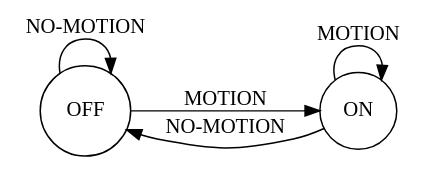
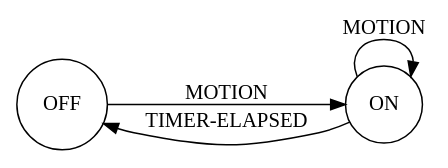
Diagram 19 of 20 in home-stretch/last-chapter.org (rickneff/rickneff.github.io), drawn with Graphviz before and after one commit. The commit also changed other lines of this file and 25 other files, not shown here.

```diff
--- a/home-stretch/last-chapter.org
+++ b/home-stretch/last-chapter.org
@@ -1521,16 +1558,15 @@
-#+BEGIN_SRC dot :file img/fig-one-bit-computer.png :exports results :eval no-export
+#+BEGIN_SRC dot :file ../img/fig-one-bit-computer.png :exports results :eval no-export
   digraph {
     rankdir="LR";
     size="5,3";
 
     node [shape=circle];
 
     S0 [label=OFF];
     S1 [label=ON];
 
-    S0 -> S0 [label="NO-MOTION"];
     S0 -> S1 [label="MOTION"];
     S1 -> S1 [label="MOTION"];
-    S1 -> S0 [label="NO-MOTION"];
+    S1 -> S0 [label="TIMER-ELAPSED"];
   }
 #+END_SRC
```
